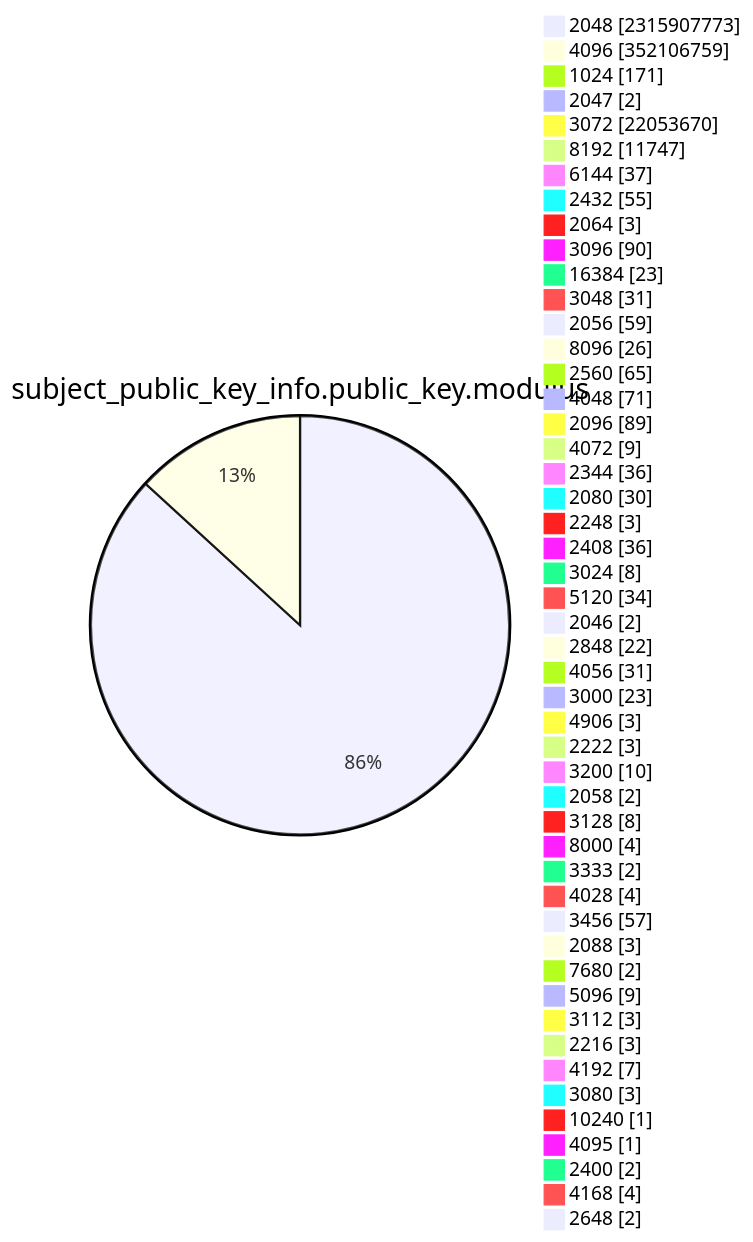
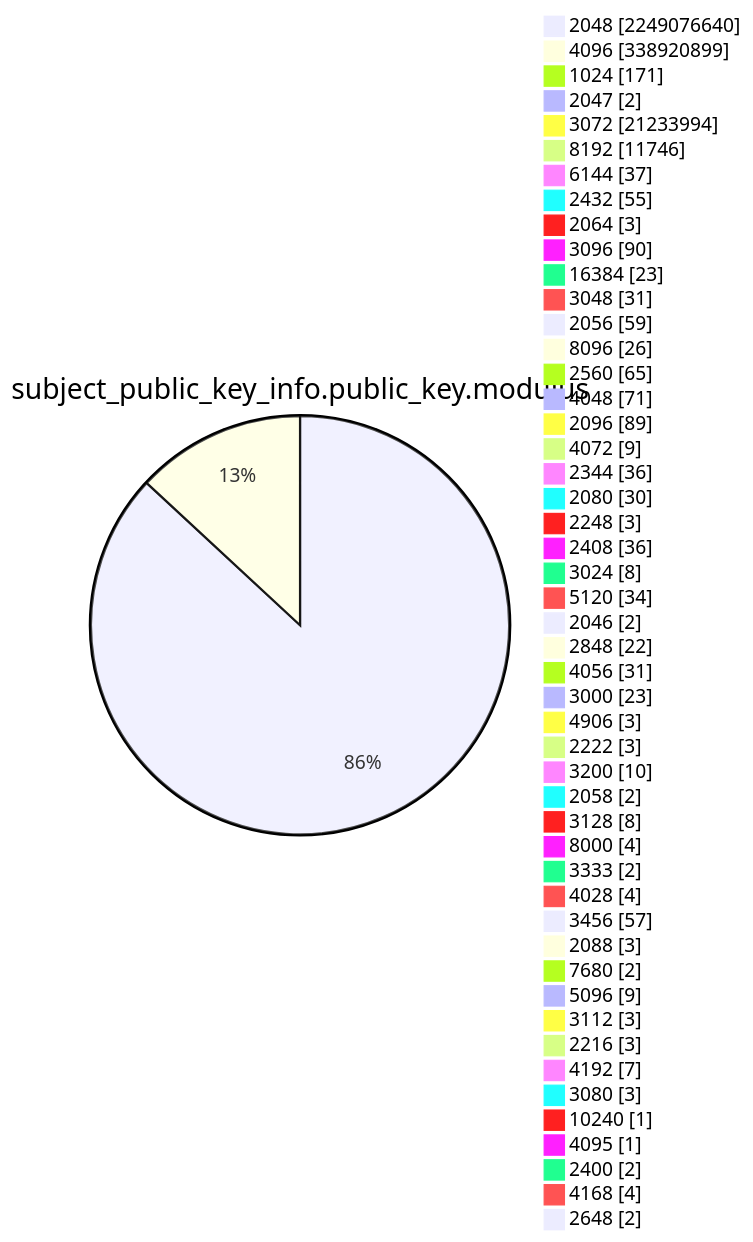
One commit to christiankrug/ctmonitor_visualization changed diagram 13 of 15 in TOTAL/README.md. Above: the diagram before and after it, drawn with Mermaid. The commit also changed other lines of this file, not shown here.

````diff
--- a/TOTAL/README.md
+++ b/TOTAL/README.md
@@ -4165,53 +4164,53 @@
 ```mermaid
 pie showData
 title subject_public_key_info.public_key.modulus
-"2048" :2315907773
-"4096" :352106759
+"2048" :2249076640
+"4096" :338920899
 "1024" :171
 "2047" :2
-"3072" :22053670
-"8192" :11747
+"3072" :21233994
+"8192" :11746
 "6144" :37
 "2432" :55
 "2064" :3
 "3096" :90
 "16384" :23
 "3048" :31
 "2056" :59
 "8096" :26
 "2560" :65
 "4048" :71
 "2096" :89
 "4072" :9
 "2344" :36
 "2080" :30
 "2248" :3
 "2408" :36
 "3024" :8
 "5120" :34
 "2046" :2
 "2848" :22
 "4056" :31
 "3000" :23
 "4906" :3
 "2222" :3
 "3200" :10
 "2058" :2
 "3128" :8
 "8000" :4
 "3333" :2
 "4028" :4
 "3456" :57
 "2088" :3
 "7680" :2
 "5096" :9
 "3112" :3
 "2216" :3
 "4192" :7
 "3080" :3
 "10240" :1
 "4095" :1
 "2400" :2
 "4168" :4
 "2648" :2
 ```
````
